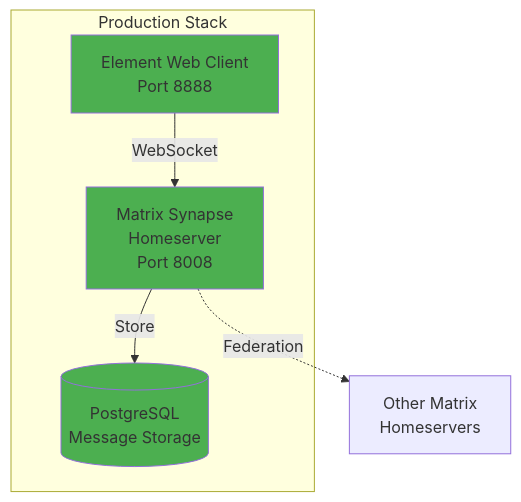
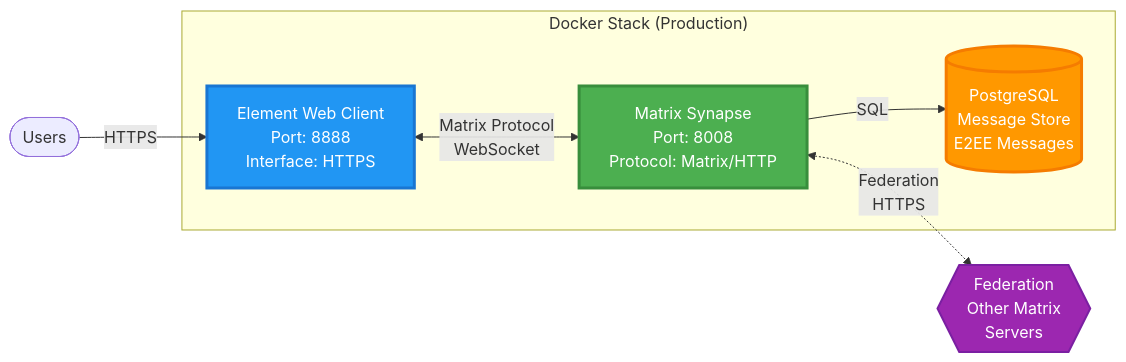
Before and after one commit to Independent-AI-Labs/AMI-STREAMS: the first of 3 diagrams in README.md, drawn with Mermaid. The commit also changed other lines of this file, not shown here.

Commit message:
docs: redesign Mermaid diagrams with professional layouts, detailed labels, and clear information architecture

````diff
--- a/README.md
+++ b/README.md
@@ -65,16 +65,34 @@
 ```mermaid
-graph TB
-    subgraph "Production Stack"
-        Client[Element Web Client<br/>Port 8888]
-        Synapse[Matrix Synapse<br/>Homeserver<br/>Port 8008]
-        DB[(PostgreSQL<br/>Message Storage)]
+flowchart LR
+    Users([Users])
+
+    subgraph Docker["Docker Stack (Production)"]
+        Element["Element Web Client
+        Port: 8888
+        Interface: HTTPS"]
+
+        Synapse["Matrix Synapse
+        Port: 8008
+        Protocol: Matrix/HTTP"]
+
+        Postgres[("PostgreSQL
+        Message Store
+        E2EE Messages")]
     end
 
-    Client -->|WebSocket| Synapse
-    Synapse -->|Store| DB
-    Synapse -.->|Federation| Internet[Other Matrix<br/>Homeservers]
+    Federation{{"Federation
+    Other Matrix
+    Servers"}}
 
-    style Client fill:#4CAF50
-    style Synapse fill:#4CAF50
-    style DB fill:#4CAF50
+    Users -->|HTTPS| Element
+    Element <-->|Matrix Protocol
+    WebSocket| Synapse
+    Synapse -->|SQL| Postgres
+    Synapse <-.->|Federation
+    HTTPS| Federation
+
+    style Element fill:#2196F3,stroke:#1976D2,stroke-width:3px,color:#fff
+    style Synapse fill:#4CAF50,stroke:#388E3C,stroke-width:3px,color:#fff
+    style Postgres fill:#FF9800,stroke:#F57C00,stroke-width:3px,color:#fff
+    style Federation fill:#9C27B0,stroke:#7B1FA2,stroke-width:2px,color:#fff
 ```
````
